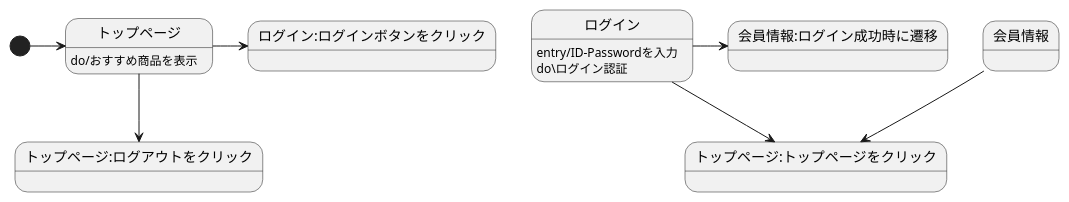
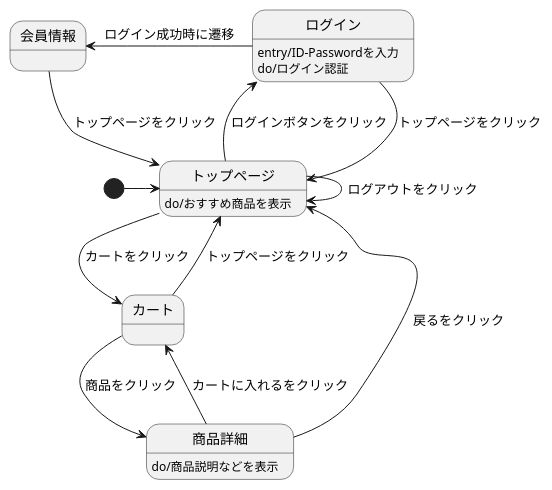
Before and after one commit to Aso2101121/2021sys-design-2: the diagram in orijinal.stw.md, drawn with PlantUML.

````diff
--- a/orijinal.stw.md
+++ b/orijinal.stw.md
@@ -1,13 +1,19 @@
 ```uml
 @startuml
 [*] -> トップページ
-トップページ:do/おすすめ商品を表示
-会員情報 --> トップページ:トップページをクリック
-ログイン --> トップページ:トップページをクリック
-トップページ --> トップページ:ログアウトをクリック
-トップページ -> ログイン:ログインボタンをクリック
-ログイン -> 会員情報:ログイン成功時に遷移
-ログイン:entry/ID-Passwordを入力
-ログイン:do\ログイン認証
+トップページ : do/おすすめ商品を表示
+会員情報 --> トップページ : トップページをクリック
+ログイン --> トップページ : トップページをクリック
+トップページ --> トップページ : ログアウトをクリック
+トップページ -left-> ログイン : ログインボタンをクリック
+ログイン -left-> 会員情報 : ログイン成功時に遷移
+ログイン : entry/ID-Passwordを入力
+ログイン : do/ログイン認証
+トップページ --> カート : カートをクリック
+商品詳細 --> カート : カートに入れるをクリック
+商品詳細 --> トップページ : 戻るをクリック
+商品詳細 : do/商品説明などを表示
+カート -up-> トップページ : トップページをクリック
+カート -> 商品詳細 : 商品をクリック
 @enduml
 ```
````
